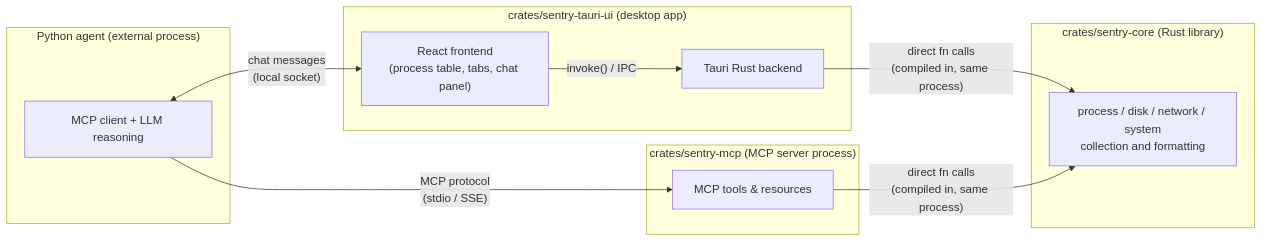
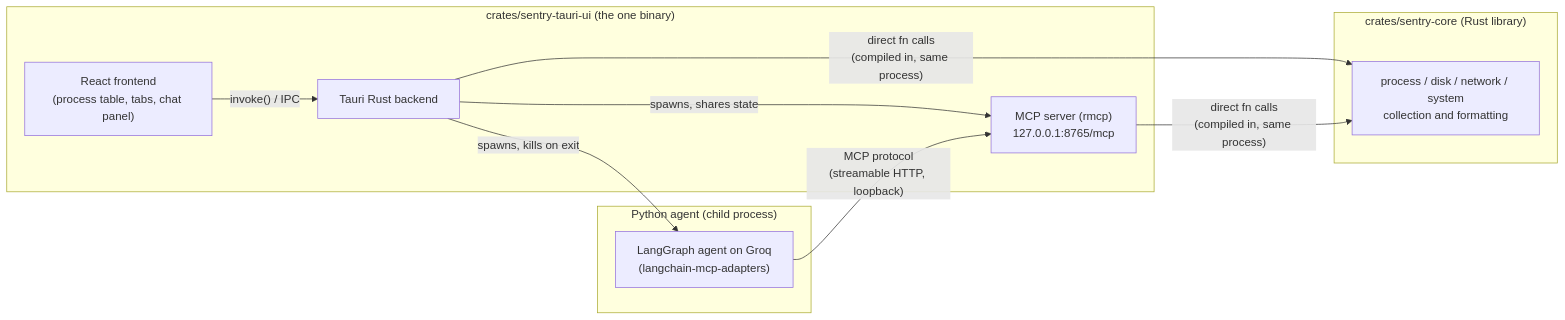
The diagram in README.md (Traman2/Sentry), drawn with Mermaid before and after one commit. The commit also changed other lines of this file and 50 other files, not shown here.

Commit message:
implemented the chat langchain agent

````diff
--- a/README.md
+++ b/README.md
@@ -20,25 +19,23 @@
 ```mermaid
 flowchart LR
     subgraph core["crates/sentry-core (Rust library)"]
         Core["process / disk / network / system\ncollection and formatting"]
     end
 
-    subgraph desktop["crates/sentry-tauri-ui (desktop app)"]
+    subgraph desktop["crates/sentry-tauri-ui (the one binary)"]
         UI["React frontend\n(process table, tabs, chat panel)"]
         Backend["Tauri Rust backend"]
+        MCPServer["MCP server (rmcp)\n127.0.0.1:8765/mcp"]
         UI -- "invoke() / IPC" --> Backend
+        Backend -- "spawns, shares state" --> MCPServer
     end
 
-    subgraph mcp["crates/sentry-mcp (MCP server process)"]
-        MCPServer["MCP tools & resources"]
-    end
-
-    subgraph agent["Python agent (external process)"]
-        Agent["MCP client + LLM reasoning"]
+    subgraph agent["Python agent (child process)"]
+        Agent["LangGraph agent on Groq\n(langchain-mcp-adapters)"]
     end
 
     Backend -- "direct fn calls\n(compiled in, same process)" --> Core
     MCPServer -- "direct fn calls\n(compiled in, same process)" --> Core
-    Agent -- "MCP protocol\n(stdio / SSE)" --> MCPServer
-    Agent <-- "chat messages\n(local socket)" --> UI
+    Backend -- "spawns, kills on exit" --> Agent
+    Agent -- "MCP protocol\n(streamable HTTP, loopback)" --> MCPServer
 ```
````
